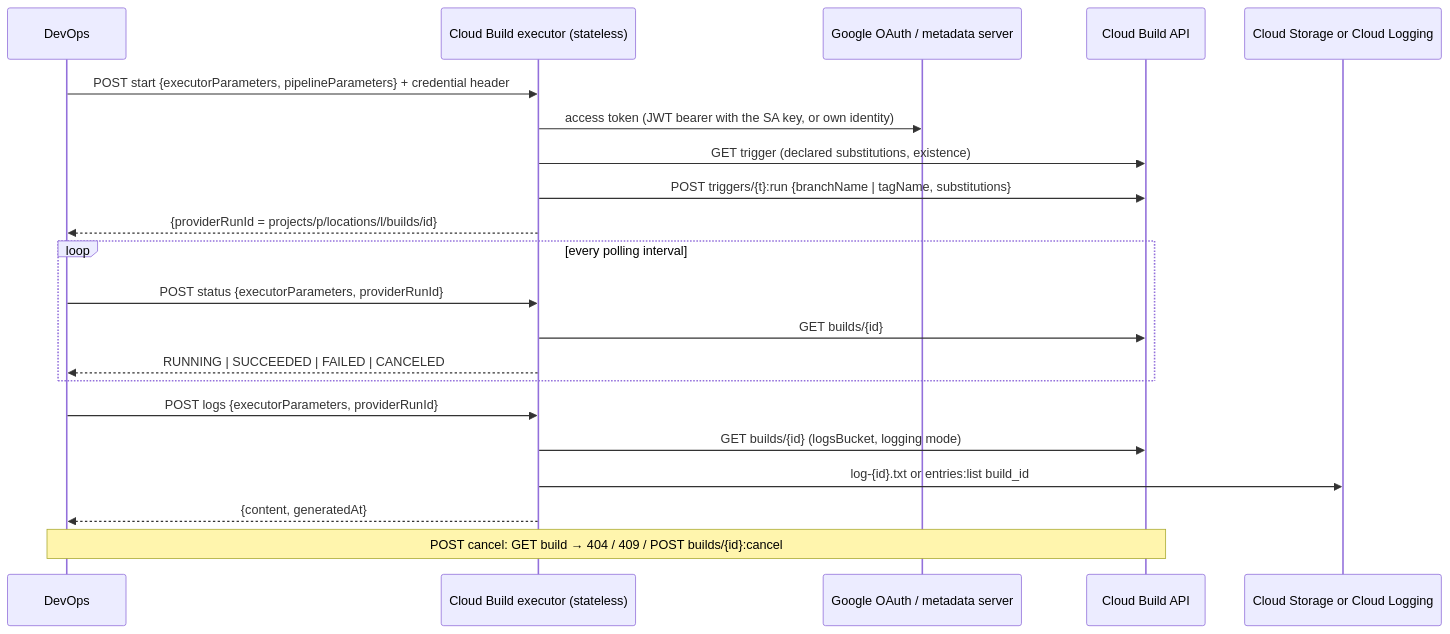
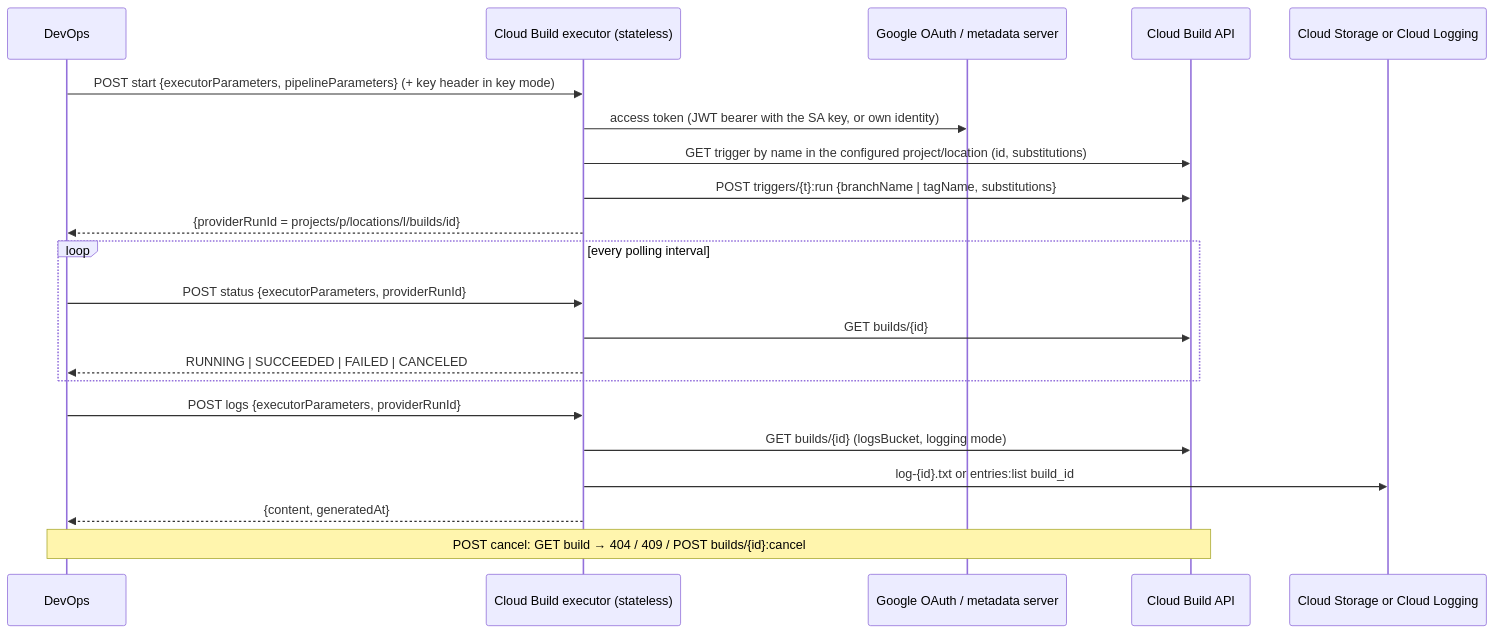
The diagram in spdd/analysis/BDMD-5810-202611251113-[Analysis]-cloudbuild-devops-executor.md (opendatamesh-initiative/odm-platform-adapter-devops-executor-cloudbuild), drawn with Mermaid before and after one commit. The commit also changed other lines of this file, not shown here.

Commit message:
docs(spdd): BDMD-5810 analysis revision 2, review outcome: both auth modes, trigger name, configured project and location

````diff
--- a/spdd/analysis/BDMD-5810-202611251113-[Analysis]-cloudbuild-devops-executor.md
+++ b/spdd/analysis/BDMD-5810-202611251113-[Analysis]-cloudbuild-devops-executor.md
@@ -162,23 +191,23 @@
 ```mermaid
 sequenceDiagram
   participant DevOps
   participant CX as Cloud Build executor (stateless)
   participant OA as Google OAuth / metadata server
   participant CB as Cloud Build API
   participant LG as Cloud Storage or Cloud Logging
-  DevOps->>CX: POST start {executorParameters, pipelineParameters} + credential header
+  DevOps->>CX: POST start {executorParameters, pipelineParameters} (+ key header in key mode)
   CX->>OA: access token (JWT bearer with the SA key, or own identity)
-  CX->>CB: GET trigger (declared substitutions, existence)
+  CX->>CB: GET trigger by name in the configured project/location (id, substitutions)
   CX->>CB: POST triggers/{t}:run {branchName | tagName, substitutions}
   CX-->>DevOps: {providerRunId = projects/p/locations/l/builds/id}
   loop every polling interval
     DevOps->>CX: POST status {executorParameters, providerRunId}
     CX->>CB: GET builds/{id}
     CX-->>DevOps: RUNNING | SUCCEEDED | FAILED | CANCELED
   end
   DevOps->>CX: POST logs {executorParameters, providerRunId}
   CX->>CB: GET builds/{id} (logsBucket, logging mode)
   CX->>LG: log-{id}.txt or entries:list build_id
   CX-->>DevOps: {content, generatedAt}
   Note over DevOps,CB: POST cancel: GET build → 404 / 409 / POST builds/{id}:cancel
 ```
````
